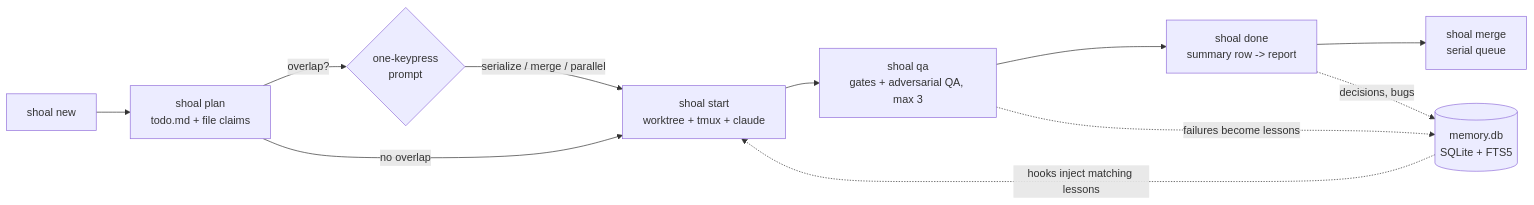
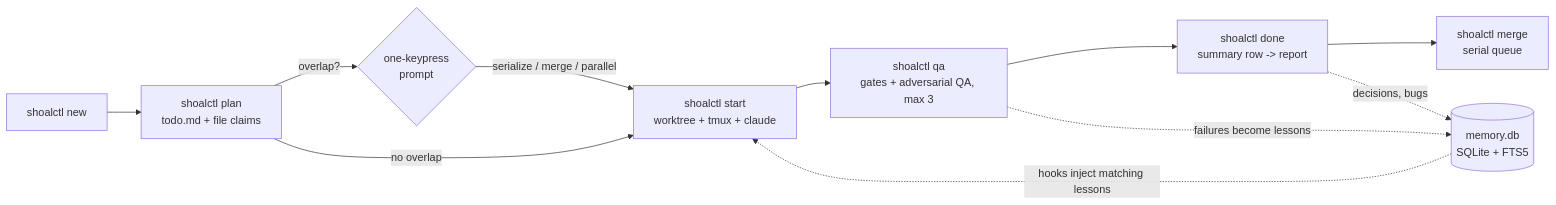
Before and after one commit to kennethsolomon/shoalctl: the diagram in README.md, drawn with Mermaid. The commit also changed other lines of this file and 9 other files, not shown here.

````diff
--- a/README.md
+++ b/README.md
@@ -91,13 +94,13 @@
 ```mermaid
 flowchart LR
-    N[shoal new] --> P[shoal plan<br/>todo.md + file claims]
+    N[shoalctl new] --> P[shoalctl plan<br/>todo.md + file claims]
     P -->|overlap?| K{one-keypress<br/>prompt}
-    K -->|serialize / merge / parallel| S[shoal start<br/>worktree + tmux + claude]
+    K -->|serialize / merge / parallel| S[shoalctl start<br/>worktree + tmux + claude]
     P -->|no overlap| S
-    S --> Q[shoal qa<br/>gates + adversarial QA, max 3]
-    Q --> D[shoal done<br/>summary row -> report]
-    D --> M[shoal merge<br/>serial queue]
+    S --> Q[shoalctl qa<br/>gates + adversarial QA, max 3]
+    Q --> D[shoalctl done<br/>summary row -> report]
+    D --> M[shoalctl merge<br/>serial queue]
     H[(memory.db<br/>SQLite + FTS5)] -. hooks inject matching lessons .-> S
     Q -. failures become lessons .-> H
     D -. decisions, bugs .-> H
 ```
````
